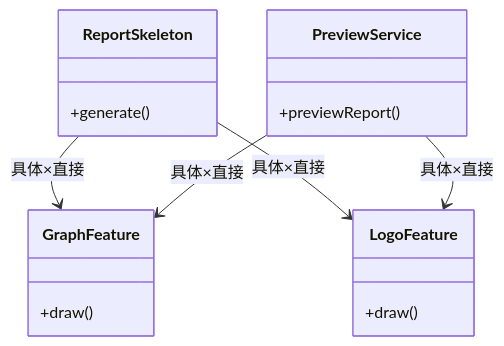
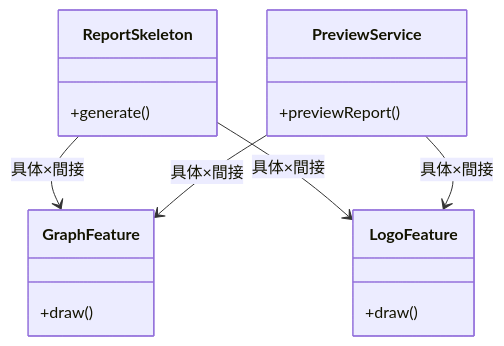
One commit to kumachan1101-pixel/DesignPattern changed the fifth of 11 diagrams in kindle/design-patterns/output/chapter11.md. Above: the diagram before and after it, drawn with Mermaid. The commit also changed other lines of this file and 12 other files, not shown here.

````diff
--- a/kindle/design-patterns/output/chapter11.md
+++ b/kindle/design-patterns/output/chapter11.md
@@ -491,19 +499,19 @@
 ```mermaid
 classDiagram
     class ReportSkeleton {
         +generate()
     }
     class PreviewService {
         +previewReport()
     }
     class GraphFeature {
         +draw()
     }
     class LogoFeature {
         +draw()
     }
-    ReportSkeleton --> GraphFeature : 具体×直接
-    ReportSkeleton --> LogoFeature : 具体×直接
-    PreviewService --> GraphFeature : 具体×直接
-    PreviewService --> LogoFeature : 具体×直接
+    ReportSkeleton --> GraphFeature : 具体×間接
+    ReportSkeleton --> LogoFeature : 具体×間接
+    PreviewService --> GraphFeature : 具体×間接
+    PreviewService --> LogoFeature : 具体×間接
 ```
````
